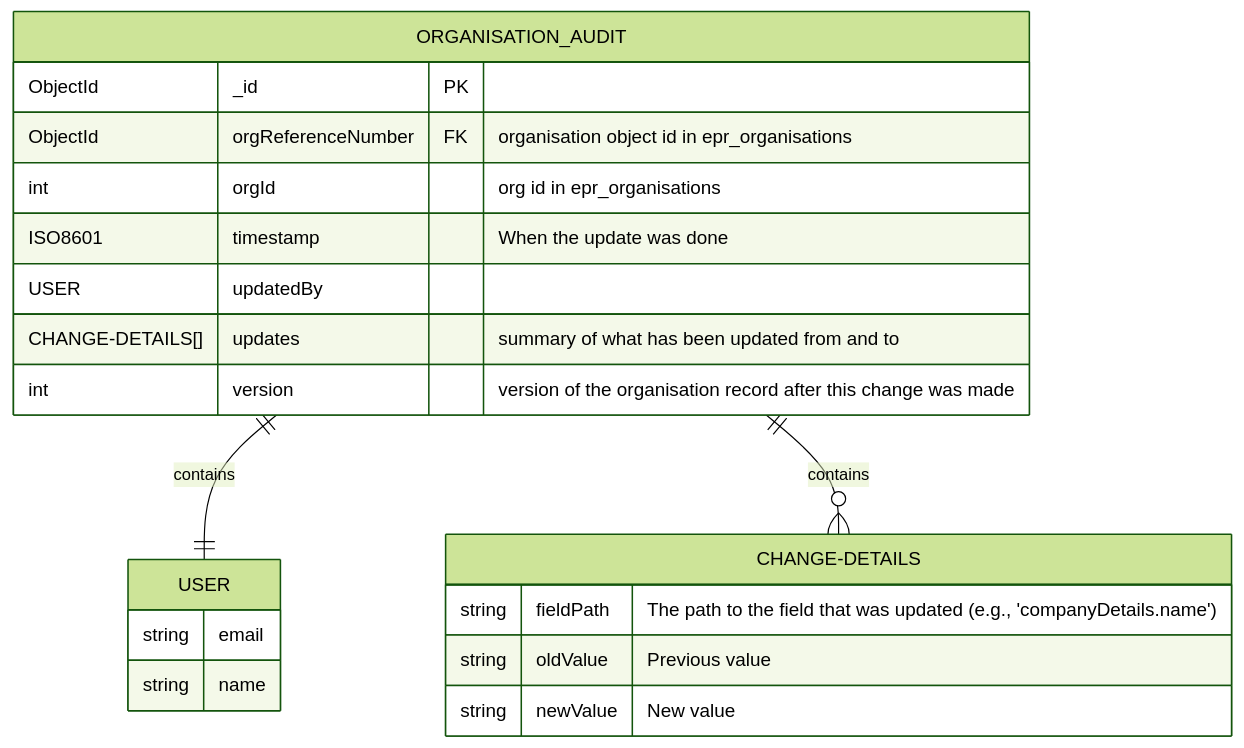
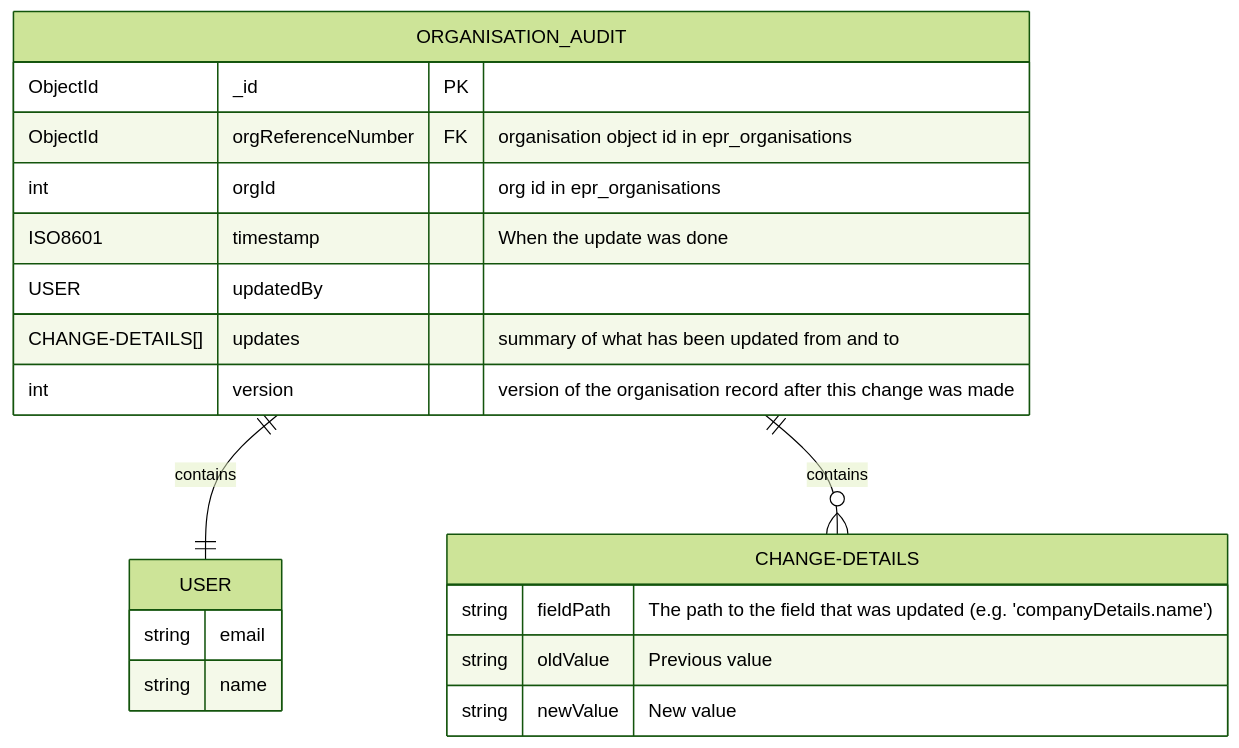
Before and after one commit to DEFRA/epr-backend: the diagram in docs/architecture/discovery/auditing-updates-to-organisation.md, drawn with Mermaid (forest theme). The commit also changed 1 other file, not shown here.

Commit message:
PAE-259: addressing Nick comments

````diff
--- a/docs/architecture/discovery/auditing-updates-to-organisation.md
+++ b/docs/architecture/discovery/auditing-updates-to-organisation.md
@@ -23,27 +23,27 @@
 ```mermaid
 erDiagram
 ORGANISATION_AUDIT{
   ObjectId _id PK
   ObjectId orgReferenceNumber FK "organisation object id in epr_organisations"
   int orgId "org id in epr_organisations"
   ISO8601 timestamp "When the update was done"
   USER updatedBy
   CHANGE-DETAILS[] updates "summary of what has been updated from and to"
   int version "version of the organisation record after this change was made"
 }
 
 CHANGE-DETAILS{
-  string fieldPath "The path to the field that was updated (e.g., 'companyDetails.name')"
+  string fieldPath "The path to the field that was updated (e.g. 'companyDetails.name')"
   string oldValue "Previous value"
   string newValue "New value"
 }
 
 USER{
   string email
   string name
 }
 
   ORGANISATION_AUDIT ||--|| USER: contains
   ORGANISATION_AUDIT ||--o{ CHANGE-DETAILS: contains
 
 ```
````
